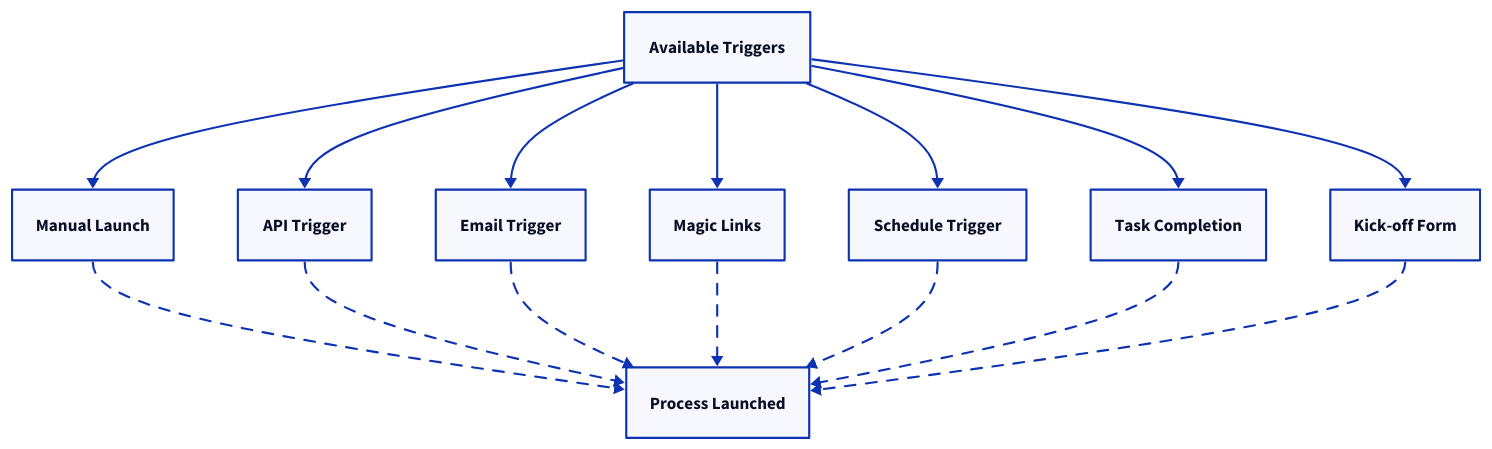
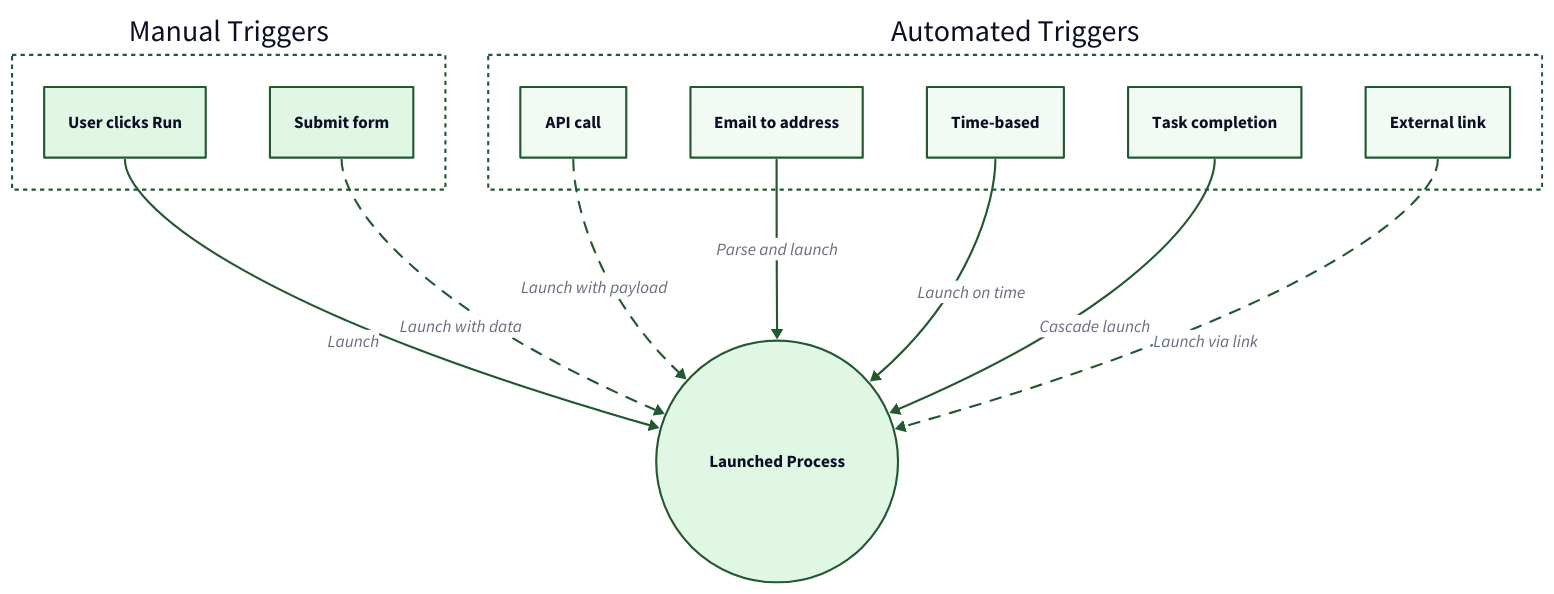
The diagram in src/content/docs/pro/launching/triggers/index.mdx (tallyfy/documentation), drawn with D2 before and after one commit. The commit also changed other lines of this file and 605 other files, not shown here.

````diff
--- a/src/content/docs/pro/launching/triggers/index.mdx
+++ b/src/content/docs/pro/launching/triggers/index.mdx
@@ -45,25 +46,82 @@
 ```d2
-Start: "Available Triggers"
-Manual: "Manual Launch"
-API: "API Trigger"
-Email: "Email Trigger"
-Magic: "Magic Links"
-Schedule: "Schedule Trigger"
-Task: "Task Completion"
-Form: "Kick-off Form"
-Process: "Process Launched"
-Start -> Manual
-Start -> API
-Start -> Email
-Start -> Magic
-Start -> Schedule
-Start -> Task
-Start -> Form
-Manual -> Process {style.stroke-dash: 5}
-API -> Process {style.stroke-dash: 5}
-Email -> Process {style.stroke-dash: 5}
-Magic -> Process {style.stroke-dash: 5}
-Schedule -> Process {style.stroke-dash: 5}
-Task -> Process {style.stroke-dash: 5}
-Form -> Process {style.stroke-dash: 5}
+# Process Launch Triggers
+direction: down
+
+# Trigger Groups
+Manual Triggers: {
+  style.fill: "#ffffff"
+  style.stroke: "#225930"
+  style.stroke-dash: 2
+  
+  Manual: User clicks Run {
+    style.fill: "#e1f7e6"
+    style.stroke: "#225930"
+  }
+  Form: Submit form {
+    style.fill: "#e1f7e6"
+    style.stroke: "#225930"
+  }
+}
+
+Automated Triggers: {
+  style.fill: "#ffffff"
+  style.stroke: "#225930"
+  style.stroke-dash: 2
+  
+  API: API call {
+    style.fill: "#f2faf4"
+    style.stroke: "#225930"
+  }
+  Email: Email to address {
+    style.fill: "#f2faf4"
+    style.stroke: "#225930"
+  }
+  Schedule: Time-based {
+    style.fill: "#f2faf4"
+    style.stroke: "#225930"
+  }
+  Task: Task completion {
+    style.fill: "#f2faf4"
+    style.stroke: "#225930"
+  }
+  Magic: External link {
+    style.fill: "#f2faf4"
+    style.stroke: "#225930"
+  }
+}
+
+# Result
+Process: Launched Process {
+  shape: circle
+  style.fill: "#e1f7e6"
+  style.stroke: "#225930"
+  style.stroke-width: 2
+}
+
+# Connections
+Manual Triggers.Manual -> Process: Launch {
+  style.stroke: "#225930"
+}
+Manual Triggers.Form -> Process: Launch with data {
+  style.stroke: "#225930"
+  style.animated: true
+}
+
+Automated Triggers.API -> Process: Launch with payload {
+  style.stroke: "#225930"
+  style.animated: true
+}
+Automated Triggers.Email -> Process: Parse and launch {
+  style.stroke: "#225930"
+}
+Automated Triggers.Schedule -> Process: Launch on time {
+  style.stroke: "#225930"
+}
+Automated Triggers.Task -> Process: Cascade launch {
+  style.stroke: "#225930"
+}
+Automated Triggers.Magic -> Process: Launch via link {
+  style.stroke: "#225930"
+  style.animated: true
+}
 ```
````
